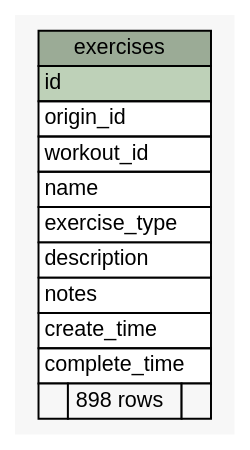
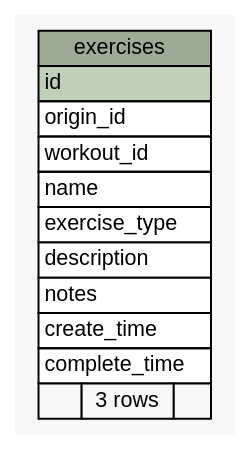
Before and after one commit to btv/DED_backend: the diagram in dbDocs/diagrams/summary/exercises.1degree.dot, drawn with Graphviz. The commit also changed 29 other files, not shown here.

```diff
--- a/dbDocs/diagrams/summary/exercises.1degree.dot
+++ b/dbDocs/diagrams/summary/exercises.1degree.dot
@@ -1,38 +1,38 @@
 // dot 2.42.3 on Mac OS X 10.15.4
 // SchemaSpy rev 590
 digraph "exercises" {
   graph [
     rankdir="RL"
     bgcolor="#f7f7f7"
     nodesep="0.18"
     ranksep="0.46"
     fontname="Helvetica"
     fontsize="11"
   ];
   node [
     fontname="Helvetica"
     fontsize="11"
     shape="plaintext"
   ];
   edge [
     arrowsize="0.8"
   ];
   "exercises" [
     label=<
     <TABLE BORDER="0" CELLBORDER="1" CELLSPACING="0" BGCOLOR="#ffffff">
       <TR><TD COLSPAN="3" BGCOLOR="#9bab96" ALIGN="CENTER">exercises</TD></TR>
       <TR><TD PORT="id" COLSPAN="3" BGCOLOR="#bed1b8" ALIGN="LEFT">id</TD></TR>
       <TR><TD PORT="origin_id" COLSPAN="3" ALIGN="LEFT">origin_id</TD></TR>
       <TR><TD PORT="workout_id" COLSPAN="3" ALIGN="LEFT">workout_id</TD></TR>
       <TR><TD PORT="name" COLSPAN="3" ALIGN="LEFT">name</TD></TR>
       <TR><TD PORT="exercise_type" COLSPAN="3" ALIGN="LEFT">exercise_type</TD></TR>
       <TR><TD PORT="description" COLSPAN="3" ALIGN="LEFT">description</TD></TR>
       <TR><TD PORT="notes" COLSPAN="3" ALIGN="LEFT">notes</TD></TR>
       <TR><TD PORT="create_time" COLSPAN="3" ALIGN="LEFT">create_time</TD></TR>
       <TR><TD PORT="complete_time" COLSPAN="3" ALIGN="LEFT">complete_time</TD></TR>
-      <TR><TD ALIGN="LEFT" BGCOLOR="#f7f7f7">  </TD><TD ALIGN="RIGHT" BGCOLOR="#f7f7f7">898 rows</TD><TD ALIGN="RIGHT" BGCOLOR="#f7f7f7">  </TD></TR>
+      <TR><TD ALIGN="LEFT" BGCOLOR="#f7f7f7">  </TD><TD ALIGN="RIGHT" BGCOLOR="#f7f7f7">3 rows</TD><TD ALIGN="RIGHT" BGCOLOR="#f7f7f7">  </TD></TR>
     </TABLE>>
     URL="tables/exercises.html"
     tooltip="exercises"
   ];
 }
```
